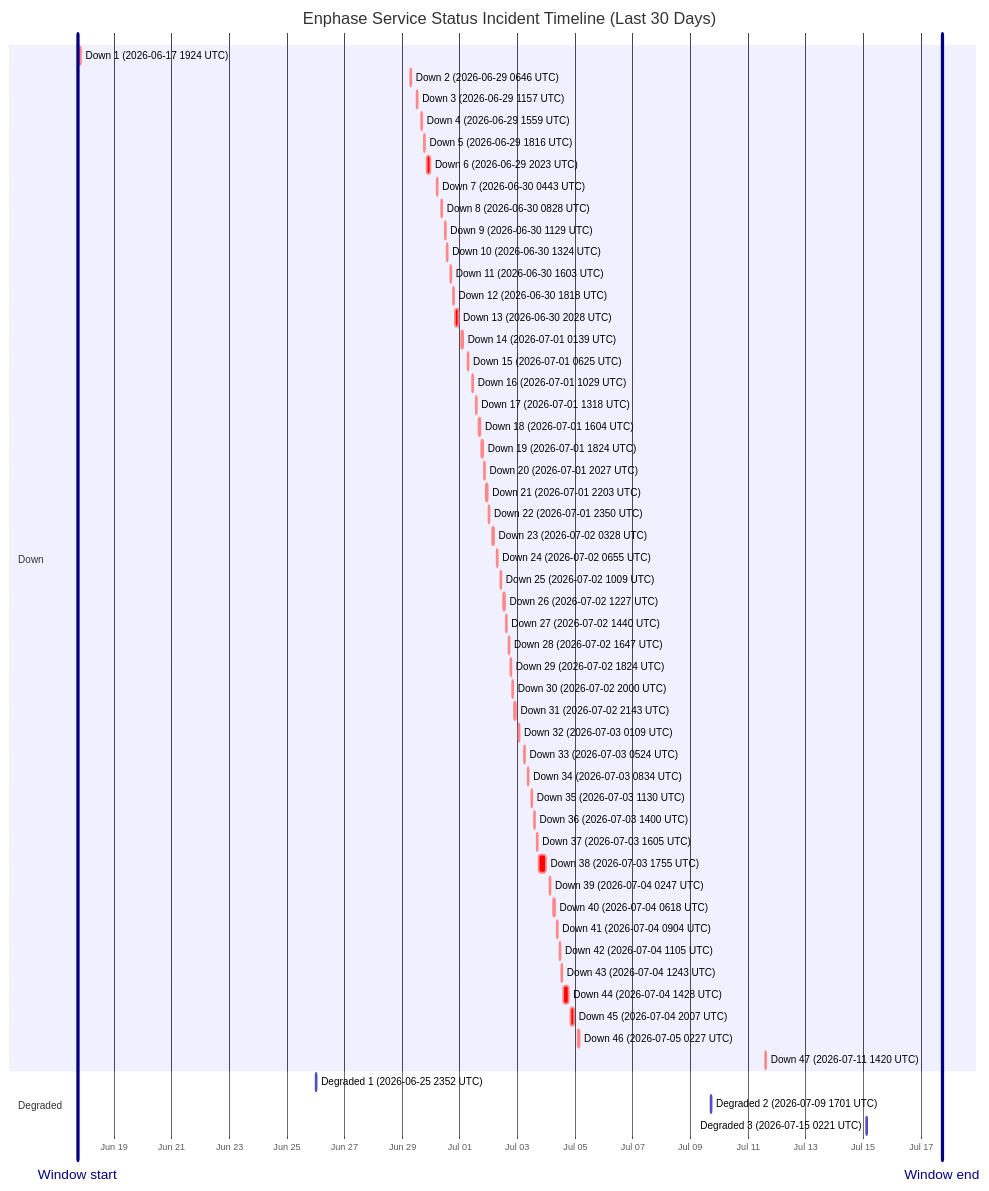
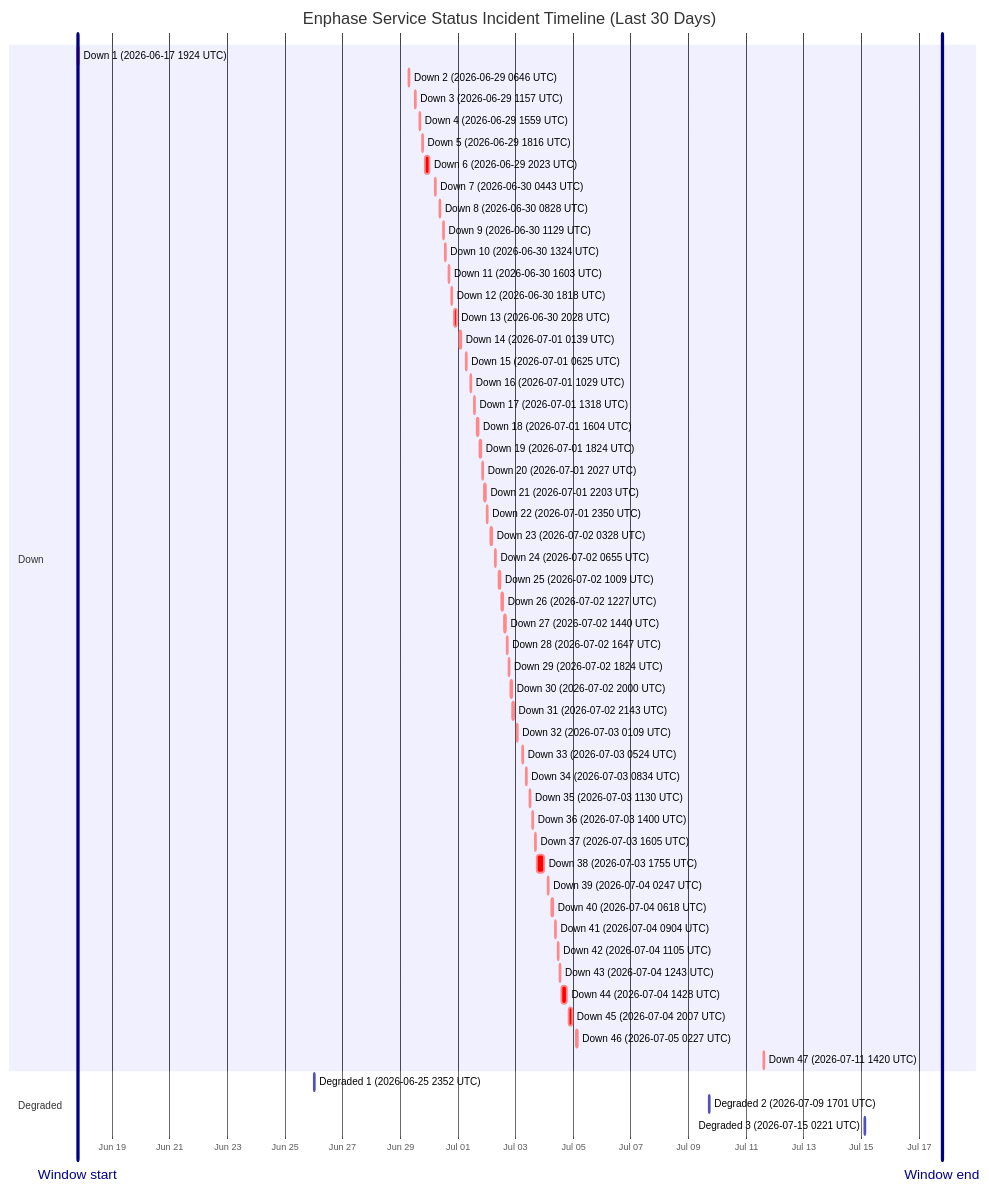
Before and after one commit to barneyonline/ha-enphase-energy: the diagram in wiki/Service-Status-History.md, drawn with Mermaid. The commit also changed other lines of this file and 3 other files, not shown here.

````diff
--- a/wiki/Service-Status-History.md
+++ b/wiki/Service-Status-History.md
@@ -14,60 +14,60 @@
 ```mermaid
 gantt
     title Enphase Service Status Incident Timeline (Last 30 Days)
     dateFormat  YYYY-MM-DDTHH:mm:ss
     axisFormat  %b %d
-    Window start :vert, window-start, 2026-06-17T17:37:20, 0ms
-    Window end :vert, window-end, 2026-07-17T17:37:20, 0ms
+    Window start :vert, window-start, 2026-06-17T19:05:13, 0ms
+    Window end :vert, window-end, 2026-07-17T19:05:13, 0ms
     section Down
     Down 1 (2026-06-17 1924 UTC) :crit, down-1, 2026-06-17T19:24:51, 60m
     Down 2 (2026-06-29 0646 UTC) :crit, down-2, 2026-06-29T06:46:18, 60m
     Down 3 (2026-06-29 1157 UTC) :crit, down-3, 2026-06-29T11:57:36, 60m
     Down 4 (2026-06-29 1559 UTC) :crit, down-4, 2026-06-29T15:59:02, 60m
     Down 5 (2026-06-29 1816 UTC) :crit, down-5, 2026-06-29T18:16:38, 60m
     Down 6 (2026-06-29 2023 UTC) :crit, down-6, 2026-06-29T20:23:16, 220m
     Down 7 (2026-06-30 0443 UTC) :crit, down-7, 2026-06-30T04:43:54, 60m
     Down 8 (2026-06-30 0828 UTC) :crit, down-8, 2026-06-30T08:28:43, 60m
     Down 9 (2026-06-30 1129 UTC) :crit, down-9, 2026-06-30T11:29:15, 60m
     Down 10 (2026-06-30 1324 UTC) :crit, down-10, 2026-06-30T13:24:25, 60m
     Down 11 (2026-06-30 1603 UTC) :crit, down-11, 2026-06-30T16:03:26, 60m
     Down 12 (2026-06-30 1818 UTC) :crit, down-12, 2026-06-30T18:18:39, 60m
     Down 13 (2026-06-30 2028 UTC) :crit, down-13, 2026-06-30T20:28:54, 171m
     Down 14 (2026-07-01 0139 UTC) :crit, down-14, 2026-07-01T01:39:18, 60m
     Down 15 (2026-07-01 0625 UTC) :crit, down-15, 2026-07-01T06:25:35, 60m
     Down 16 (2026-07-01 1029 UTC) :crit, down-16, 2026-07-01T10:29:24, 60m
     Down 17 (2026-07-01 1318 UTC) :crit, down-17, 2026-07-01T13:18:31, 60m
     Down 18 (2026-07-01 1604 UTC) :crit, down-18, 2026-07-01T16:04:29, 60m
     Down 19 (2026-07-01 1824 UTC) :crit, down-19, 2026-07-01T18:24:21, 60m
     Down 20 (2026-07-01 2027 UTC) :crit, down-20, 2026-07-01T20:27:17, 60m
     Down 21 (2026-07-01 2203 UTC) :crit, down-21, 2026-07-01T22:03:46, 60m
     Down 22 (2026-07-01 2350 UTC) :crit, down-22, 2026-07-01T23:50:52, 60m
     Down 23 (2026-07-02 0328 UTC) :crit, down-23, 2026-07-02T03:28:33, 60m
     Down 24 (2026-07-02 0655 UTC) :crit, down-24, 2026-07-02T06:55:07, 60m
     Down 25 (2026-07-02 1009 UTC) :crit, down-25, 2026-07-02T10:09:15, 60m
     Down 26 (2026-07-02 1227 UTC) :crit, down-26, 2026-07-02T12:27:49, 60m
     Down 27 (2026-07-02 1440 UTC) :crit, down-27, 2026-07-02T14:40:53, 60m
     Down 28 (2026-07-02 1647 UTC) :crit, down-28, 2026-07-02T16:47:47, 60m
     Down 29 (2026-07-02 1824 UTC) :crit, down-29, 2026-07-02T18:24:26, 60m
     Down 30 (2026-07-02 2000 UTC) :crit, down-30, 2026-07-02T20:00:57, 60m
     Down 31 (2026-07-02 2143 UTC) :crit, down-31, 2026-07-02T21:43:52, 80m
     Down 32 (2026-07-03 0109 UTC) :crit, down-32, 2026-07-03T01:09:19, 60m
     Down 33 (2026-07-03 0524 UTC) :crit, down-33, 2026-07-03T05:24:23, 60m
     Down 34 (2026-07-03 0834 UTC) :crit, down-34, 2026-07-03T08:34:05, 60m
     Down 35 (2026-07-03 1130 UTC) :crit, down-35, 2026-07-03T11:30:41, 60m
     Down 36 (2026-07-03 1400 UTC) :crit, down-36, 2026-07-03T14:00:48, 60m
     Down 37 (2026-07-03 1605 UTC) :crit, down-37, 2026-07-03T16:05:49, 60m
     Down 38 (2026-07-03 1755 UTC) :crit, down-38, 2026-07-03T17:55:54, 338m
     Down 39 (2026-07-04 0247 UTC) :crit, down-39, 2026-07-04T02:47:22, 60m
     Down 40 (2026-07-04 0618 UTC) :crit, down-40, 2026-07-04T06:18:09, 60m
     Down 41 (2026-07-04 0904 UTC) :crit, down-41, 2026-07-04T09:04:41, 60m
     Down 42 (2026-07-04 1105 UTC) :crit, down-42, 2026-07-04T11:05:21, 60m
     Down 43 (2026-07-04 1243 UTC) :crit, down-43, 2026-07-04T12:43:25, 60m
     Down 44 (2026-07-04 1428 UTC) :crit, down-44, 2026-07-04T14:28:07, 243m
     Down 45 (2026-07-04 2007 UTC) :crit, down-45, 2026-07-04T20:07:50, 206m
     Down 46 (2026-07-05 0227 UTC) :crit, down-46, 2026-07-05T02:27:32, 109m
     Down 47 (2026-07-11 1420 UTC) :crit, down-47, 2026-07-11T14:20:54, 69m
     section Degraded
     Degraded 1 (2026-06-25 2352 UTC) :active, degraded-1, 2026-06-25T23:52:01, 60m
     Degraded 2 (2026-07-09 1701 UTC) :active, degraded-2, 2026-07-09T17:01:02, 60m
     Degraded 3 (2026-07-15 0221 UTC) :active, degraded-3, 2026-07-15T02:21:35, 60m
 ```
````
